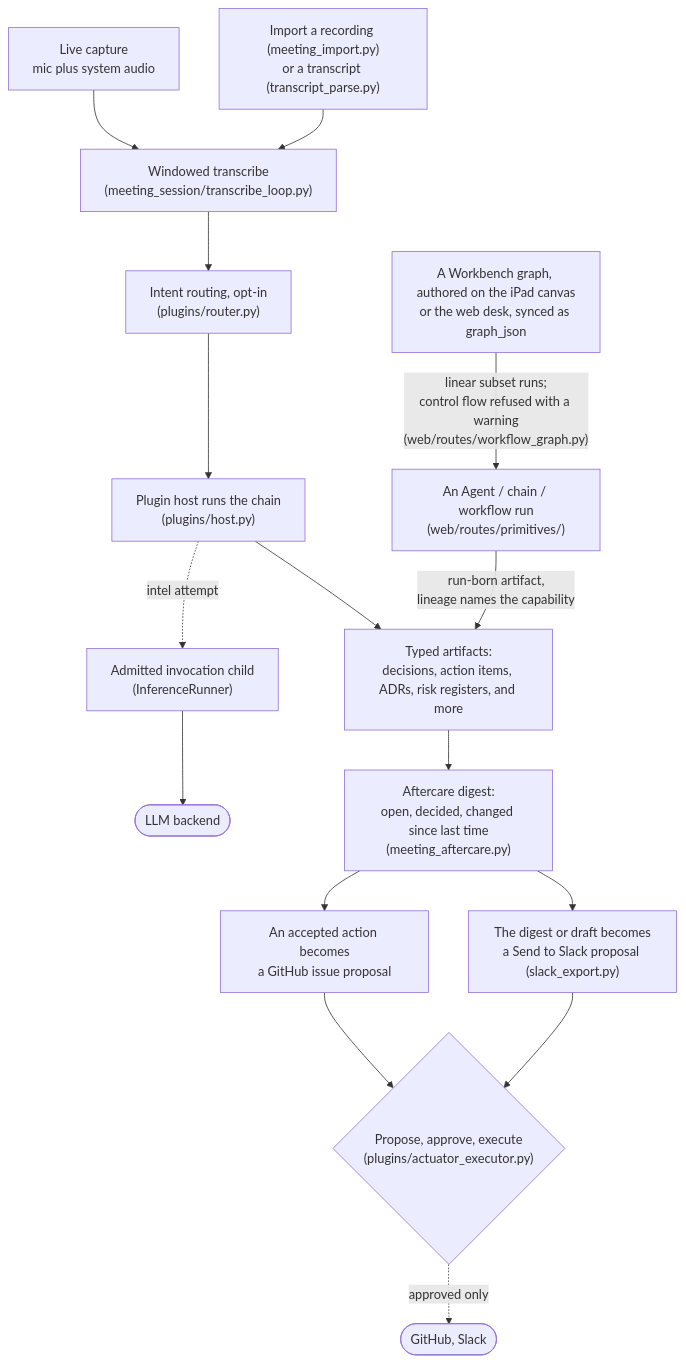
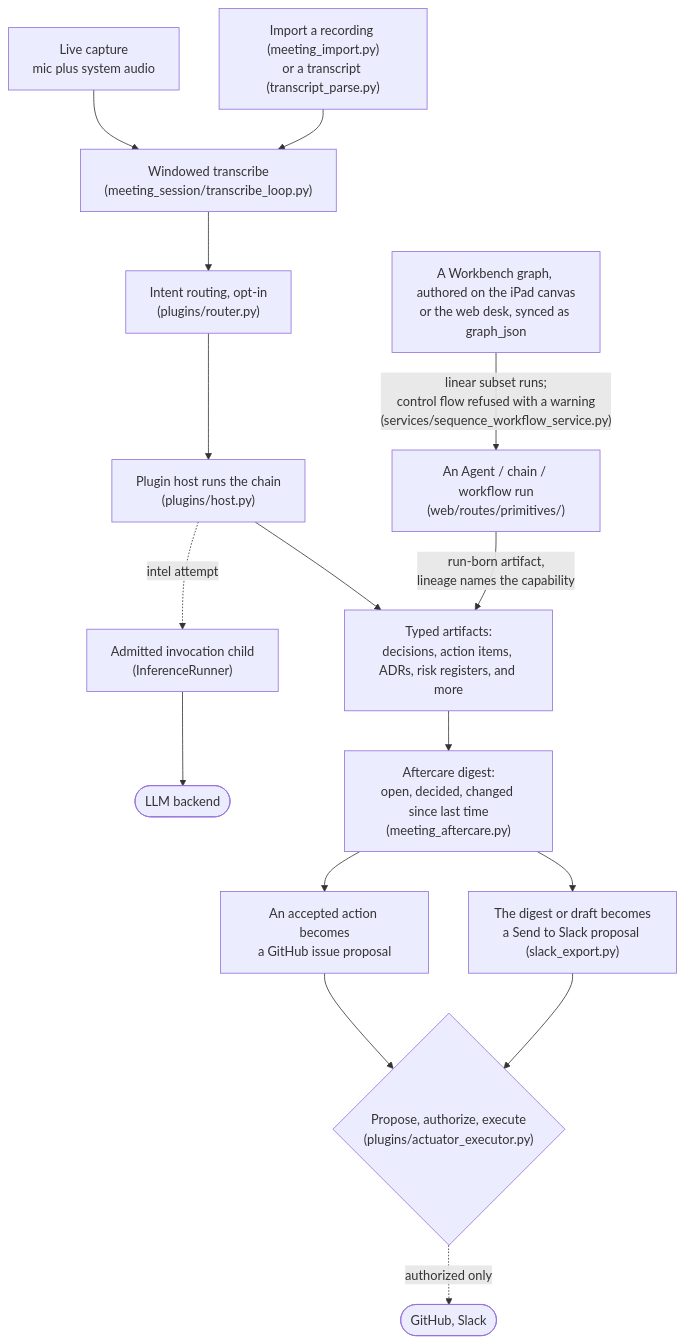
One commit to karolswdev/HoldSpeak changed the sixth of 10 diagrams in docs/ARCHITECTURE.md. Above: the diagram before and after it, drawn with Mermaid. The commit also changed other lines of this file and 41 other files, not shown here.

````diff
--- a/docs/ARCHITECTURE.md
+++ b/docs/ARCHITECTURE.md
@@ -351,19 +352,19 @@
 ```mermaid
 flowchart TD
   LIVE["Live capture<br/>mic plus system audio"] --> TRW
   IMP["Import a recording (meeting_import.py)<br/>or a transcript (transcript_parse.py)"] --> TRW
   TRW["Windowed transcribe<br/>(meeting_session/transcribe_loop.py)"] --> ROUTE
   ROUTE["Intent routing, opt-in<br/>(plugins/router.py)"] --> HOST
   HOST["Plugin host runs the chain<br/>(plugins/host.py)"]
   HOST -. "intel attempt" .-> IR["Admitted invocation child<br/>(InferenceRunner)"]
   IR --> LLM(["LLM backend"])
   HOST --> ART["Typed artifacts:<br/>decisions, action items, ADRs, risk registers, and more"]
   RUNB["An Agent / chain / workflow run<br/>(web/routes/primitives/)"] -- "run-born artifact,<br/>lineage names the capability" --> ART
-  GRAPH["A Workbench graph, authored on the iPad canvas<br/>or the web desk, synced as graph_json"] -- "linear subset runs;<br/>control flow refused with a warning<br/>(web/routes/workflow_graph.py)" --> RUNB
+  GRAPH["A Workbench graph, authored on the iPad canvas<br/>or the web desk, synced as graph_json"] -- "linear subset runs;<br/>control flow refused with a warning<br/>(services/sequence_workflow_service.py)" --> RUNB
   ART --> AFT["Aftercare digest:<br/>open, decided, changed since last time<br/>(meeting_aftercare.py)"]
   AFT --> ISSUE["An accepted action becomes<br/>a GitHub issue proposal"]
   AFT --> SLACK["The digest or draft becomes<br/>a Send to Slack proposal (slack_export.py)"]
-  ISSUE --> APV{"Propose, approve, execute<br/>(plugins/actuator_executor.py)"}
+  ISSUE --> APV{"Propose, authorize, execute<br/>(plugins/actuator_executor.py)"}
   SLACK --> APV
-  APV -. "approved only" .-> EXT(["GitHub, Slack"])
+  APV -. "authorized only" .-> EXT(["GitHub, Slack"])
 ```
````
